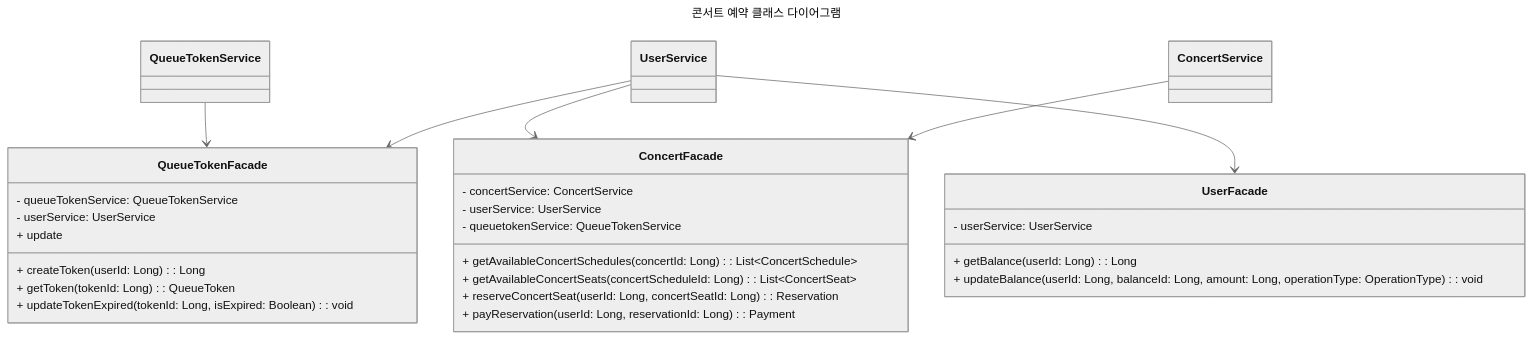
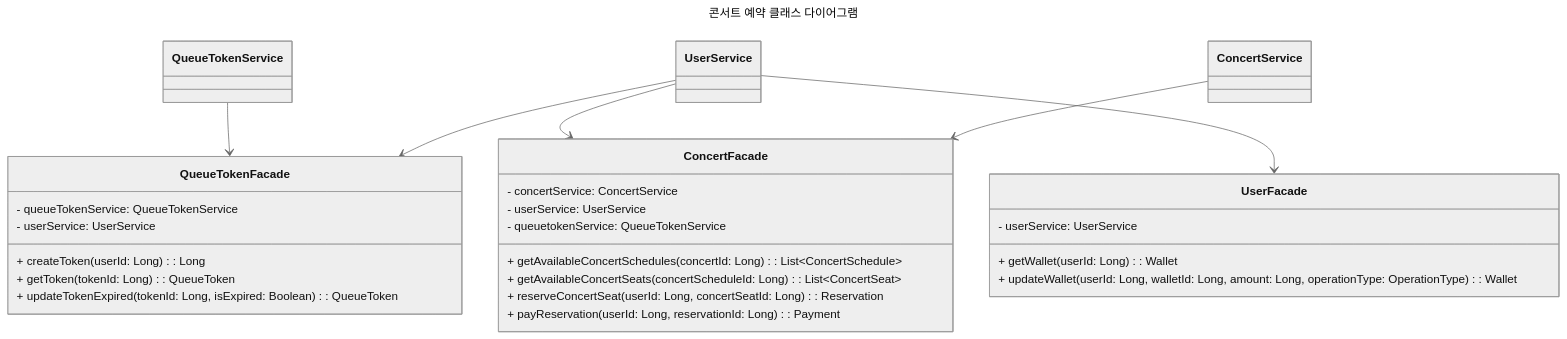
Before and after one commit to hhpb-code/hhplus-concert: the first of 4 diagrams in docs/CLASS_DIAGRAM.md, drawn with Mermaid (neutral theme). The commit also changed other lines of this file, not shown here.

Commit message:
chore: Balance Wallet 네이밍 변경

````diff
--- a/docs/CLASS_DIAGRAM.md
+++ b/docs/CLASS_DIAGRAM.md
@@ -9,37 +9,36 @@
 ```mermaid
 ---
 title: "콘서트 예약 클래스 다이어그램"
 ---
 
 classDiagram
     class UserFacade {
         - userService: UserService
-        + getBalance(userId: Long): Long
-        + updateBalance(userId: Long, balanceId: Long, amount: Long, operationType: OperationType): void
+        + getWallet(userId: Long): Wallet
+        + updateWallet(userId: Long, walletId: Long, amount: Long, operationType: OperationType): Wallet
     }
 
     class QueueTokenFacade {
         - queueTokenService: QueueTokenService
         - userService: UserService
         + createToken(userId: Long): Long
         + getToken(tokenId: Long): QueueToken
-        + updateTokenExpired(tokenId: Long, isExpired: Boolean): void
-        + update
+        + updateTokenExpired(tokenId: Long, isExpired: Boolean): QueueToken
     }
 
     class ConcertFacade {
         - concertService: ConcertService
         - userService: UserService
         - queuetokenService: QueueTokenService
         + getAvailableConcertSchedules(concertId: Long): List~ConcertSchedule~
         + getAvailableConcertSeats(concertScheduleId: Long): List~ConcertSeat~
         + reserveConcertSeat(userId: Long, concertSeatId: Long): Reservation
         + payReservation(userId: Long, reservationId: Long): Payment
     }
 
     QueueTokenService --> QueueTokenFacade
     UserService --> ConcertFacade
     UserService --> QueueTokenFacade
     UserService --> UserFacade
     ConcertService --> ConcertFacade
 ```
````
